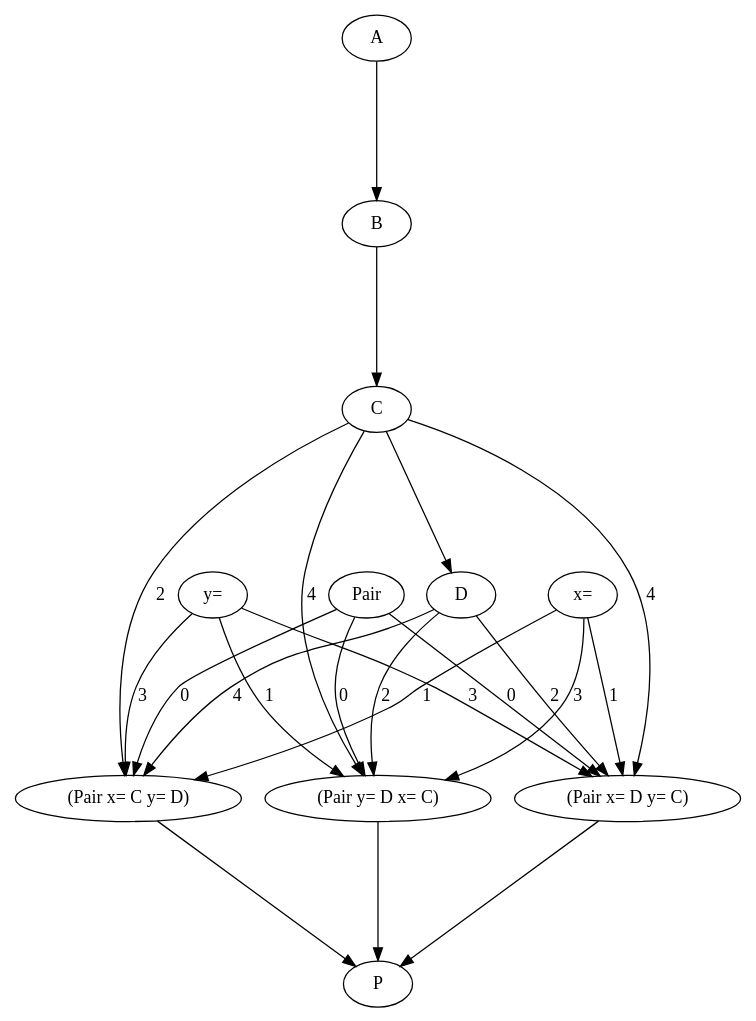
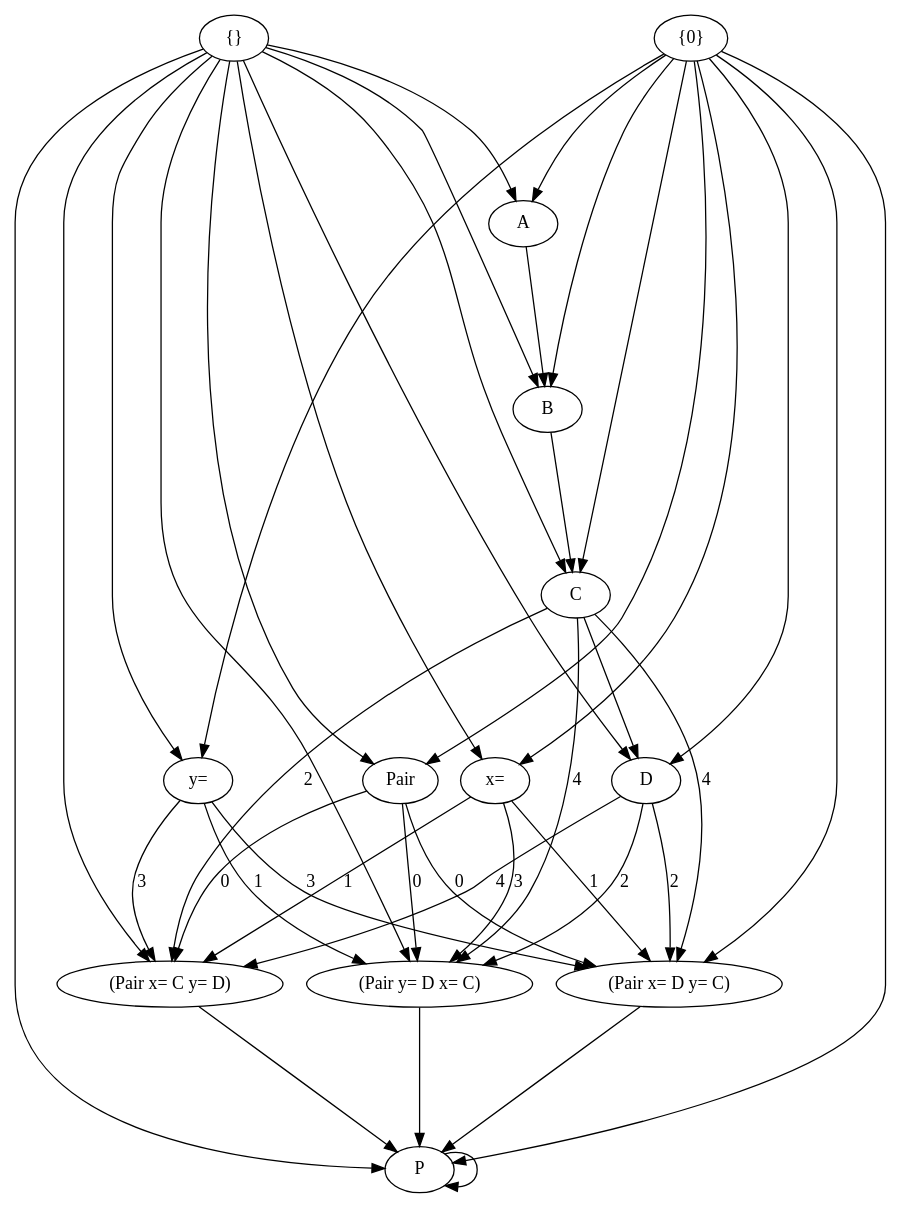
Before and after one commit to MichaelMMacLeod/lang: the diagram in documentation/env-check.dot, drawn with Graphviz. The commit also changed 3 other files, not shown here.

```diff
--- a/documentation/env-check.dot
+++ b/documentation/env-check.dot
@@ -1,29 +1,35 @@
 digraph env_check {
     ranksep=1.5
+    
+    "{}" -> { "Pair" "x=" "y=" "A" "B" "C" "D" "P" "(Pair x= C y= D)" "(Pair y= D x= C)" }
+
+    "{0}" -> { "Pair" "x=" "y=" "A" "B" "C" "D" "P" "(Pair x= D y= C)" }
+    
+    "P" -> "P"
 
     "Pair" -> "(Pair x= C y= D)" [label=0]
     "x=" -> "(Pair x= C y= D)" [label=1]
     "C" -> "(Pair x= C y= D)" [label=2]
     "y=" -> "(Pair x= C y= D)" [label=3]
     "D" -> "(Pair x= C y= D)" [label=4]
     "(Pair x= C y= D)" -> "P"
 
     "Pair" -> "(Pair y= D x= C)" [label=0]
     "y=" -> "(Pair y= D x= C)" [label=1]
     "D" -> "(Pair y= D x= C)" [label=2]
     "x=" -> "(Pair y= D x= C)" [label=3]
     "C" -> "(Pair y= D x= C)" [label=4]
     "(Pair y= D x= C)" -> "P"
     
     "Pair" -> "(Pair x= D y= C)" [label=0]
     "x=" -> "(Pair x= D y= C)" [label=1]
     "D" -> "(Pair x= D y= C)" [label=2]
     "y=" -> "(Pair x= D y= C)" [label=3]
     "C" -> "(Pair x= D y= C)" [label=4]
 
     "(Pair x= D y= C)" -> "P"
     
     "A" -> "B"
     "B" -> "C"
     "C" -> "D"
 }
```
